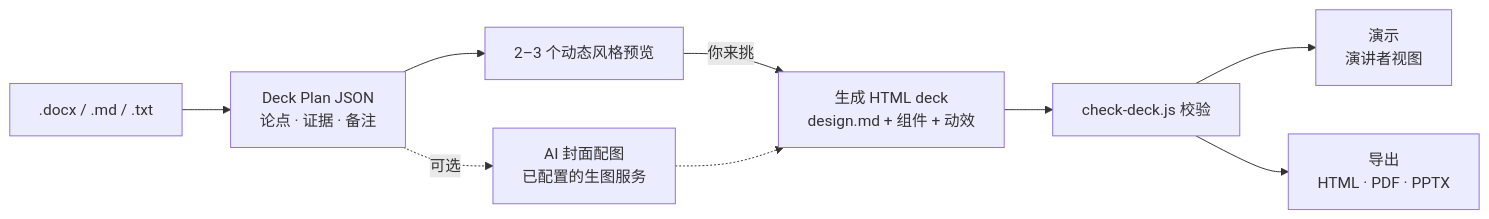
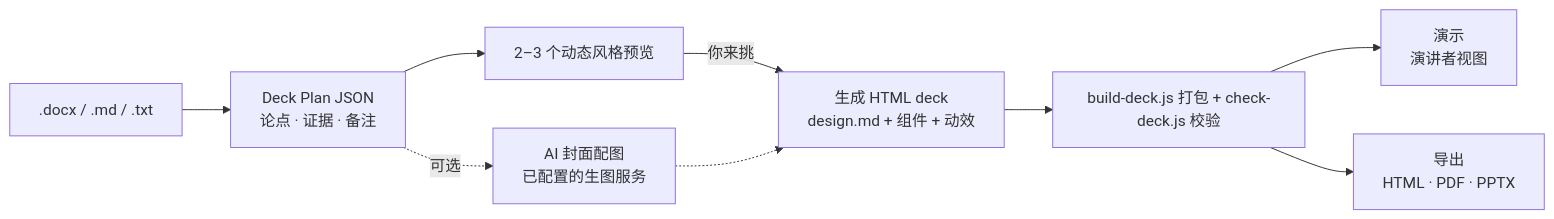
One commit to hhuang999/Agent-native-slides changed the diagram in README.zh-CN.md. Above: the diagram before and after it, drawn with Mermaid. The commit also changed other lines of this file and 18 other files, not shown here.

````diff
--- a/README.zh-CN.md
+++ b/README.zh-CN.md
@@ -78,10 +78,10 @@
 ```mermaid
 flowchart LR
   A[".docx / .md / .txt"] --> B["Deck Plan JSON<br/>论点 · 证据 · 备注"]
   B --> C["2–3 个动态风格预览"]
   C -->|你来挑| D["生成 HTML deck<br/>design.md + 组件 + 动效"]
-  D --> E["check-deck.js 校验"]
+  D --> E["build-deck.js 打包 + check-deck.js 校验"]
   E --> F["演示<br/>演讲者视图"]
   E --> G["导出<br/>HTML · PDF · PPTX"]
   B -. 可选 .-> H["AI 封面配图<br/>已配置的生图服务"] -.-> D
 ```
````
